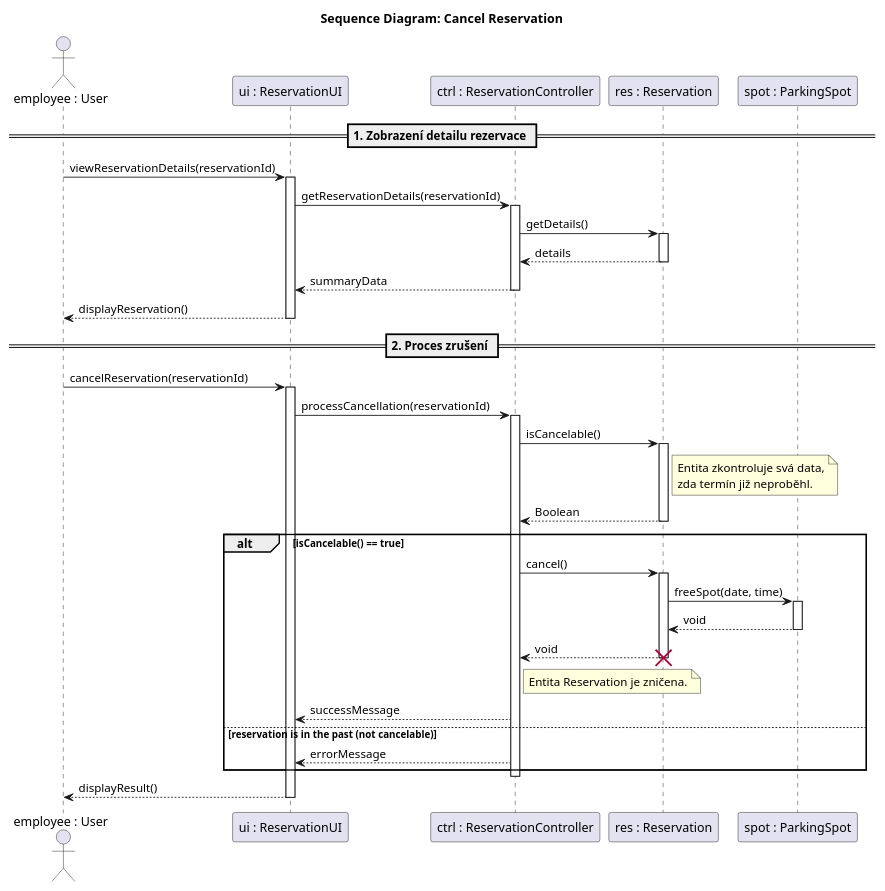
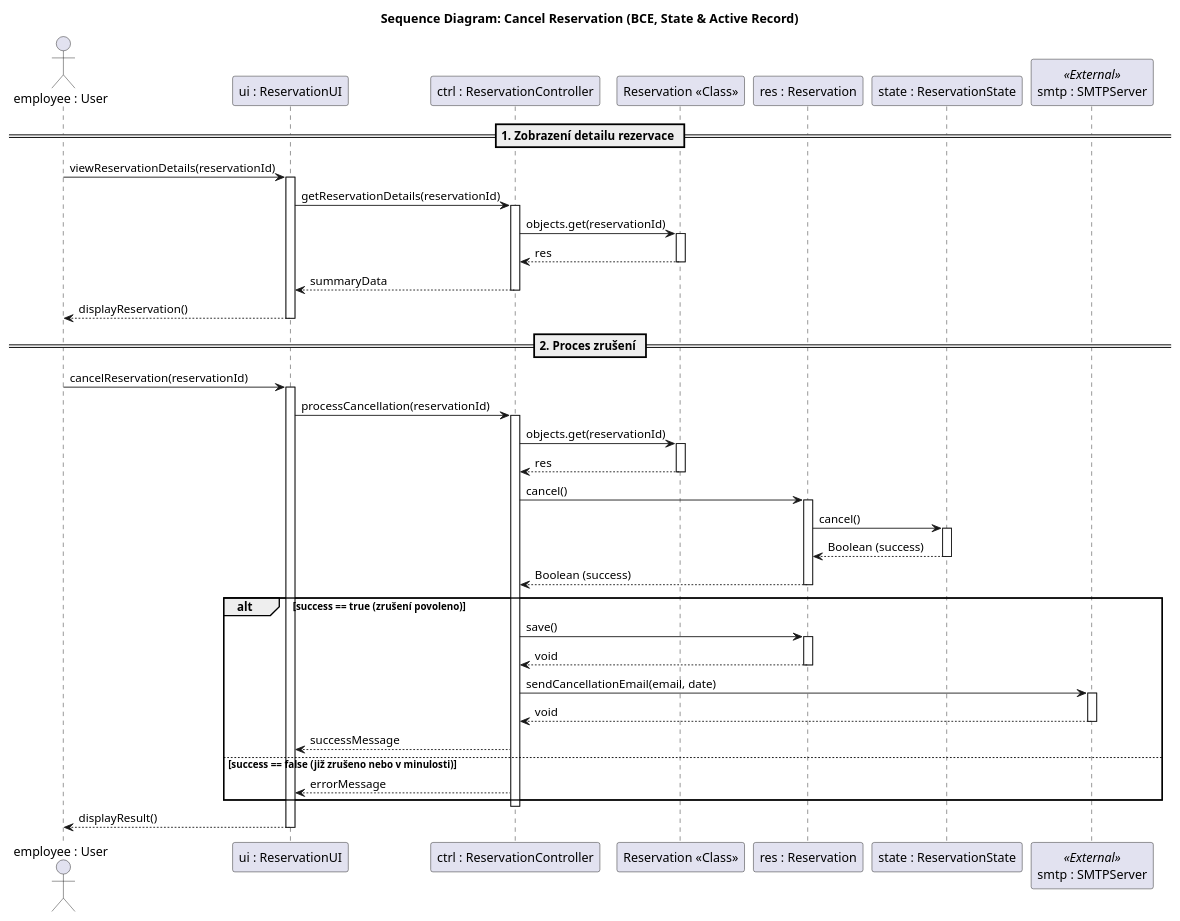
The diagram in docs/diagramy/sequence-cancel-reservation.puml (AidenCze/SWI-Project), drawn with PlantUML before and after one commit. The commit also changed 3 other files, not shown here.

Commit message:
Refactor sequence diagrams to incorporate Active Record pattern and enhance clarity

```diff
--- a/docs/diagramy/sequence-cancel-reservation.puml
+++ b/docs/diagramy/sequence-cancel-reservation.puml
@@ -1,62 +1,78 @@
 @startuml
-title Sequence Diagram: Cancel Reservation
+title Sequence Diagram: Cancel Reservation (BCE, State & Active Record)
 
 actor "employee : User" as emp
 participant "ui : ReservationUI" as ui
 participant "ctrl : ReservationController" as ctrl
+participant "Reservation <<Class>>" as resClass
 participant "res : Reservation" as res
-participant "spot : ParkingSpot" as spot
+participant "state : ReservationState" as state
+participant "smtp : SMTPServer" as smtp <<External>>
 
 == 1. Zobrazení detailu rezervace ==
 emp -> ui : viewReservationDetails(reservationId)
 activate ui
 
 ui -> ctrl : getReservationDetails(reservationId)
 activate ctrl
 
-ctrl -> res : getDetails()
-activate res
-res --> ctrl : details
-deactivate res
+' Active Record: Načtení z databáze
+ctrl -> resClass : objects.get(reservationId)
+activate resClass
+resClass --> ctrl : res
+deactivate resClass
 
 ctrl --> ui : summaryData
 deactivate ctrl
 
 ui --> emp : displayReservation()
 deactivate ui
 
 == 2. Proces zrušení ==
 emp -> ui : cancelReservation(reservationId)
 activate ui
 
 ui -> ctrl : processCancellation(reservationId)
 activate ctrl
 
-ctrl -> res : isCancelable()
+' Znovunačtení entity (nebo použití z paměti)
+ctrl -> resClass : objects.get(reservationId)
+activate resClass
+resClass --> ctrl : res
+deactivate resClass
+
+' Využití návrhového vzoru State
+ctrl -> res : cancel()
 activate res
-note right of res: Entita zkontroluje svá data,\nzda termín již neproběhl.
-res --> ctrl : Boolean
+
+res -> state : cancel()
+activate state
+
+state --> res : Boolean (success)
+deactivate state
+
+res --> ctrl : Boolean (success)
 deactivate res
 
-alt isCancelable() == true
-    ctrl -> res : cancel()
+alt success == true (zrušení povoleno)
+    ' Uložení změn do databáze (Soft Delete)
+    ctrl -> res : save()
     activate res
+    res --> ctrl : void
+    deactivate res
     
-    res -> spot : freeSpot(date, time)
-    activate spot
-    spot --> res : void
-    deactivate spot
-    
-    res --> ctrl : void
-    destroy res
-    note right of ctrl: Entita Reservation je zničena.
+    ' Volitelné: Odeslání e-mailu definované v Class diagramu
+    ctrl -> smtp : sendCancellationEmail(email, date)
+    activate smtp
+    smtp --> ctrl : void
+    deactivate smtp
     
     ctrl --> ui : successMessage
-else reservation is in the past (not cancelable)
+else success == false (již zrušeno nebo v minulosti)
     ctrl --> ui : errorMessage
 end
 deactivate ctrl
 
 ui --> emp : displayResult()
 deactivate ui
 @enduml
```
